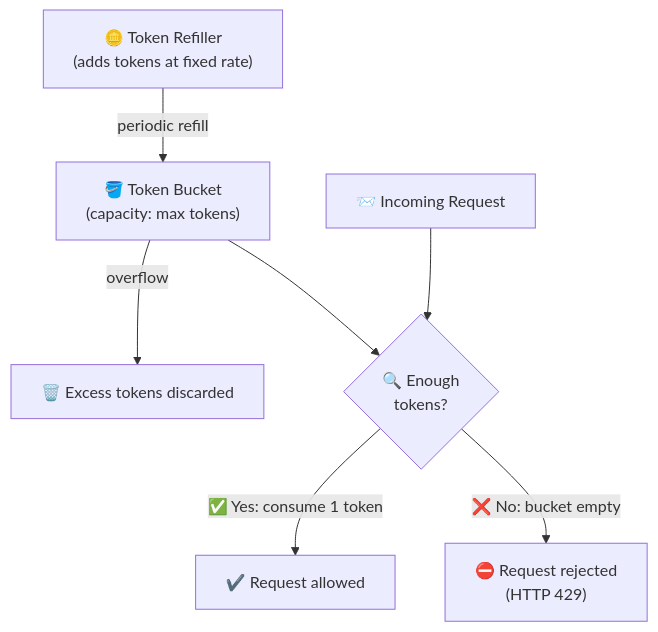
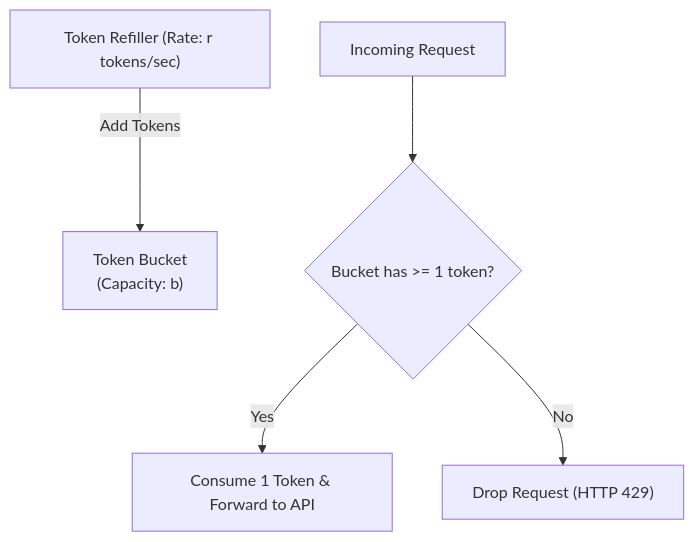
Before and after one commit to gurkanindibay/azure_learning: the third of 7 diagrams in system-design-cases/bytebytego/05-design-a-rate-limiter.md, drawn with Mermaid. The commit also changed other lines of this file and 18 other files, not shown here.

````diff
--- a/system-design-cases/bytebytego/05-design-a-rate-limiter.md
+++ b/system-design-cases/bytebytego/05-design-a-rate-limiter.md
@@ -152,9 +91,7 @@
 ```mermaid
 flowchart TD
-    REFILL["🪙 Token Refiller<br/>(adds tokens at fixed rate)"] -->|periodic refill| BUCKET["🪣 Token Bucket<br/>(capacity: max tokens)"]
-    BUCKET -->|overflow| OVERFLOW["🗑️ Excess tokens discarded"]
-    REQUEST["📨 Incoming Request"] --> CHECK{"🔍 Enough<br/>tokens?"}
-    BUCKET --> CHECK
-    CHECK -->|"✅ Yes: consume 1 token"| ALLOW["✔️ Request allowed"]
-    CHECK -->|"❌ No: bucket empty"| REJECT["⛔ Request rejected<br/>(HTTP 429)"]
+    REFILL["Token Refiller (Rate: r tokens/sec)"] -->|Add Tokens| BUCKET["Token Bucket<br/>(Capacity: b)"]
+    REQ["Incoming Request"] --> CHECK{"Bucket has >= 1 token?"}
+    CHECK -->|Yes| PASS["Consume 1 Token & Forward to API"]
+    CHECK -->|No| REJECT["Drop Request (HTTP 429)"]
 ```
````
